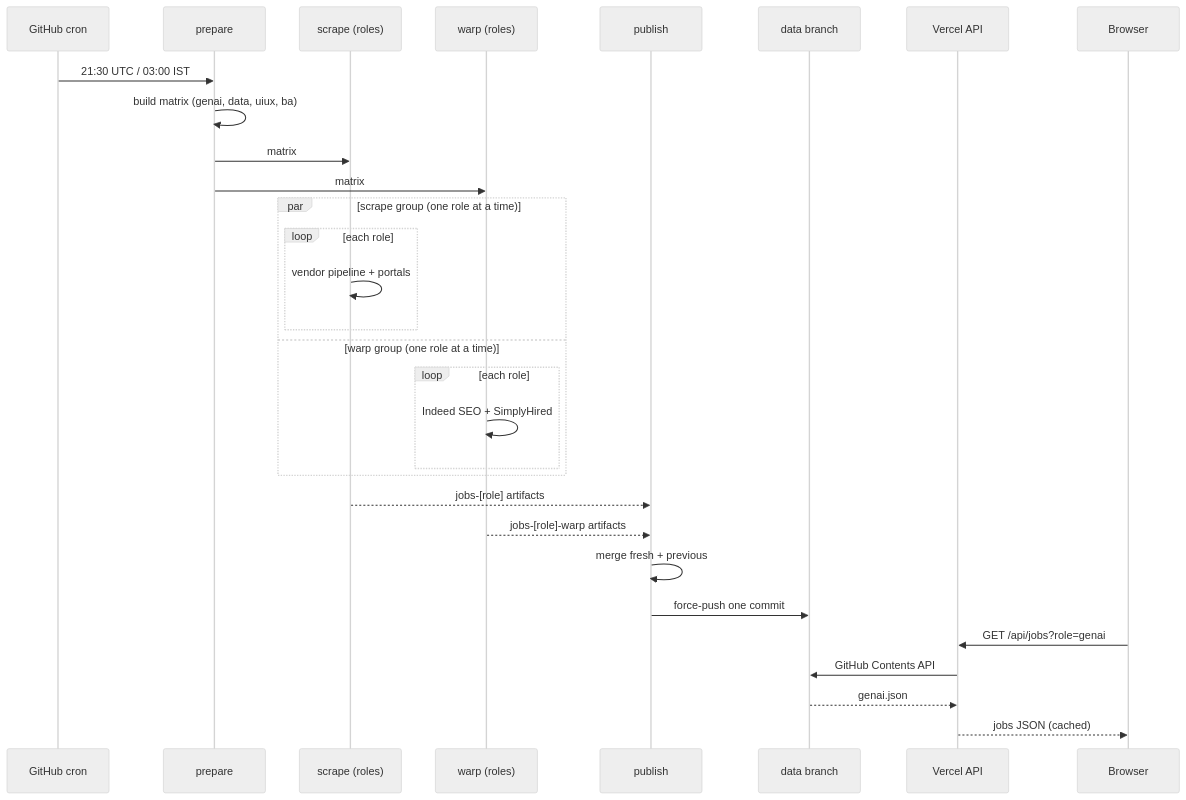
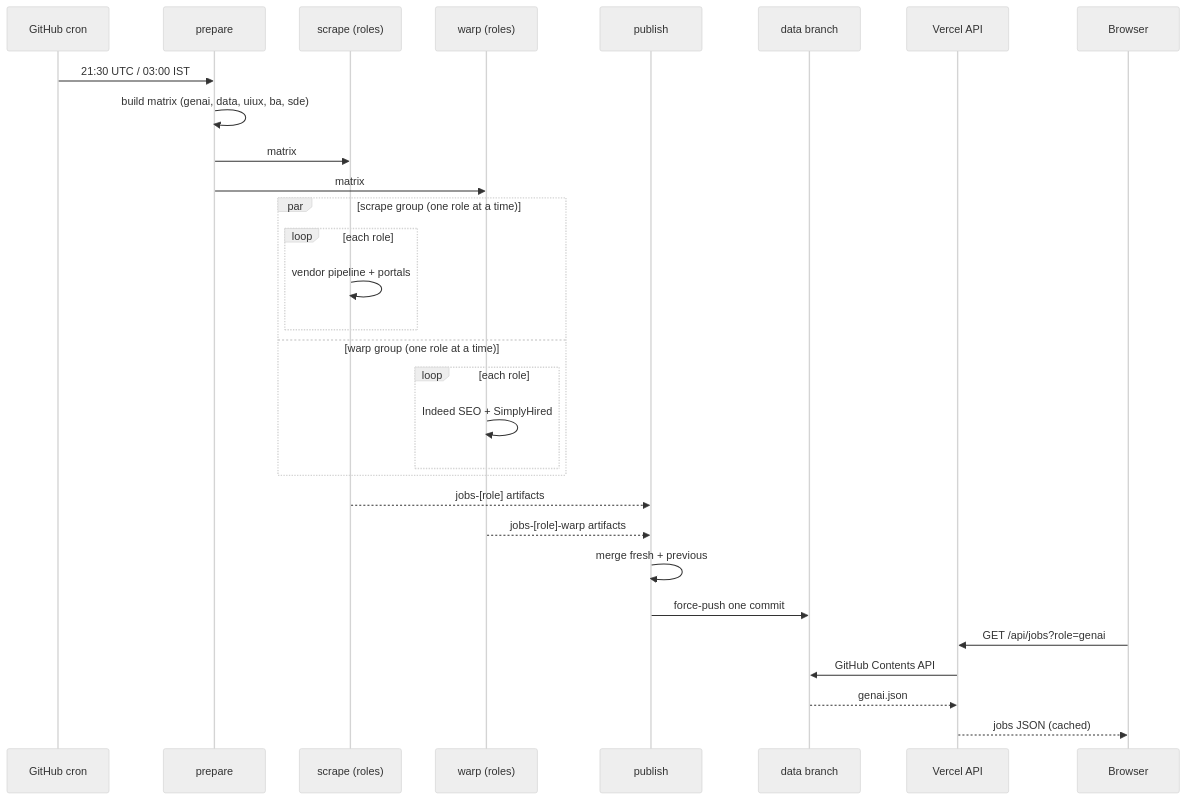
Before and after one commit to Dilip457/jobhunt-hub: the second of 3 diagrams in docs/ARCHITECTURE.md, drawn with Mermaid (neutral theme). The commit also changed other lines of this file and 17 other files, not shown here.

````diff
--- a/docs/ARCHITECTURE.md
+++ b/docs/ARCHITECTURE.md
@@ -303,35 +326,35 @@
 ```mermaid
 sequenceDiagram
     participant Cron as GitHub cron
     participant Prep as prepare
     participant Scrape as scrape (roles)
     participant Warp as warp (roles)
     participant Pub as publish
     participant Data as data branch
     participant Vercel as Vercel API
     participant User as Browser
 
     Cron->>Prep: 21:30 UTC / 03:00 IST
-    Prep->>Prep: build matrix (genai, data, uiux, ba)
+    Prep->>Prep: build matrix (genai, data, uiux, ba, sde)
     Prep->>Scrape: matrix
     Prep->>Warp: matrix
 
     par scrape group (one role at a time)
         loop each role
             Scrape->>Scrape: vendor pipeline + portals
         end
     and warp group (one role at a time)
         loop each role
             Warp->>Warp: Indeed SEO + SimplyHired
         end
     end
 
     Scrape-->>Pub: jobs-[role] artifacts
     Warp-->>Pub: jobs-[role]-warp artifacts
     Pub->>Pub: merge fresh + previous
     Pub->>Data: force-push one commit
     User->>Vercel: GET /api/jobs?role=genai
     Vercel->>Data: GitHub Contents API
     Data-->>Vercel: genai.json
     Vercel-->>User: jobs JSON (cached)
 ```
````
